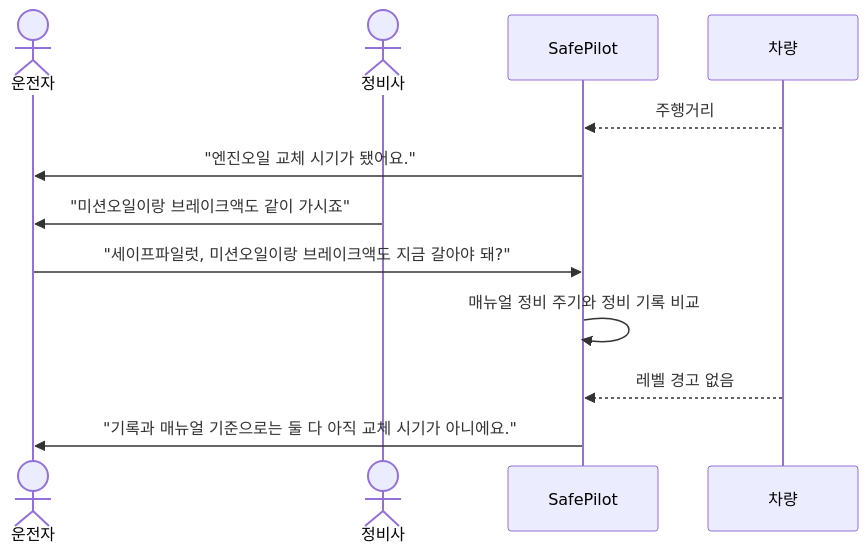
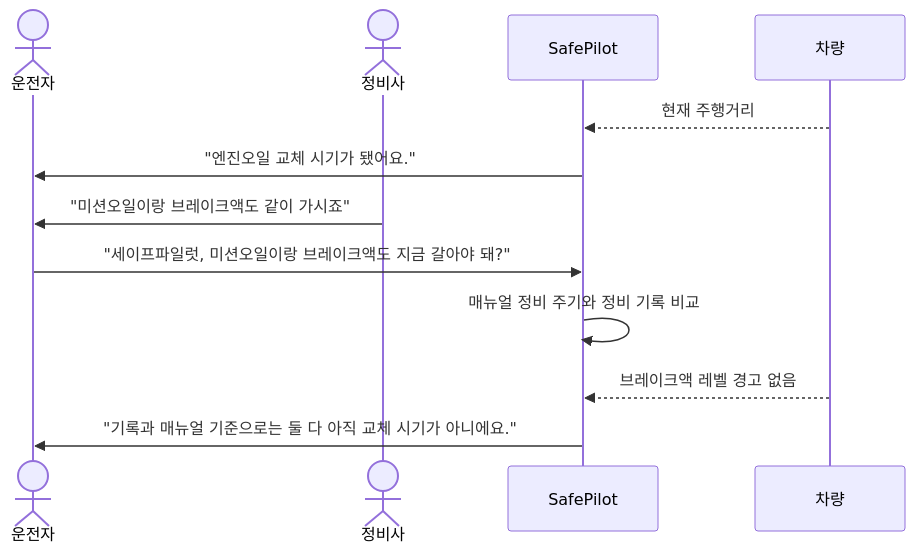
The diagram in proposal/diagrams/04_maintenance.mmd (rex-next-labs/SafePilot), drawn with Mermaid before and after one commit. The commit also changed 8 other files, not shown here.

```diff
--- a/proposal/diagrams/04_maintenance.mmd
+++ b/proposal/diagrams/04_maintenance.mmd
@@ -1,12 +1,12 @@
 sequenceDiagram
     actor D as 운전자
     actor M as 정비사
     participant S as SafePilot
     participant C as 차량
-    C-->>S: 주행거리
+    C-->>S: 현재 주행거리
     S->>D: "엔진오일 교체 시기가 됐어요."
     M->>D: "미션오일이랑 브레이크액도 같이 가시죠"
     D->>S: "세이프파일럿, 미션오일이랑 브레이크액도 지금 갈아야 돼?"
     S->>S: 매뉴얼 정비 주기와 정비 기록 비교
-    C-->>S: 레벨 경고 없음
+    C-->>S: 브레이크액 레벨 경고 없음
     S->>D: "기록과 매뉴얼 기준으로는 둘 다 아직 교체 시기가 아니에요."
```
